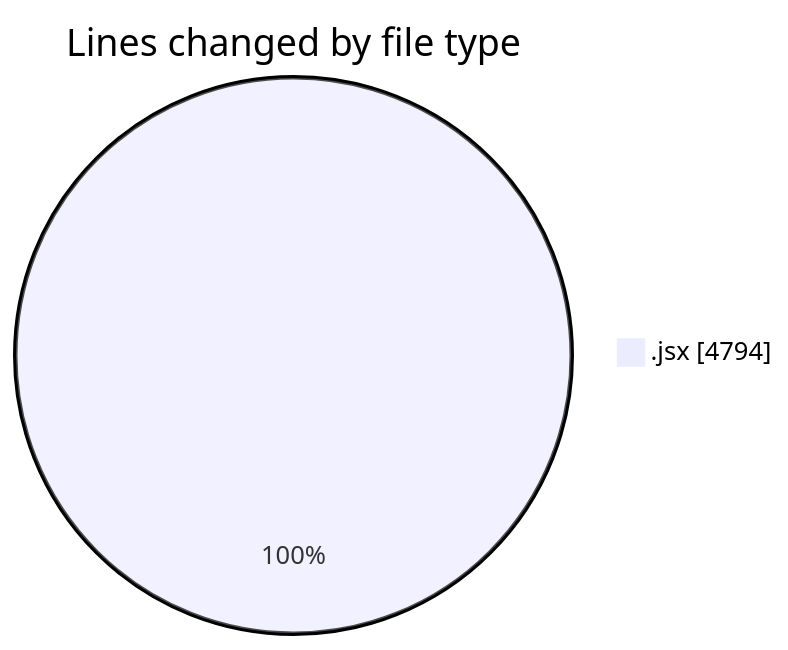
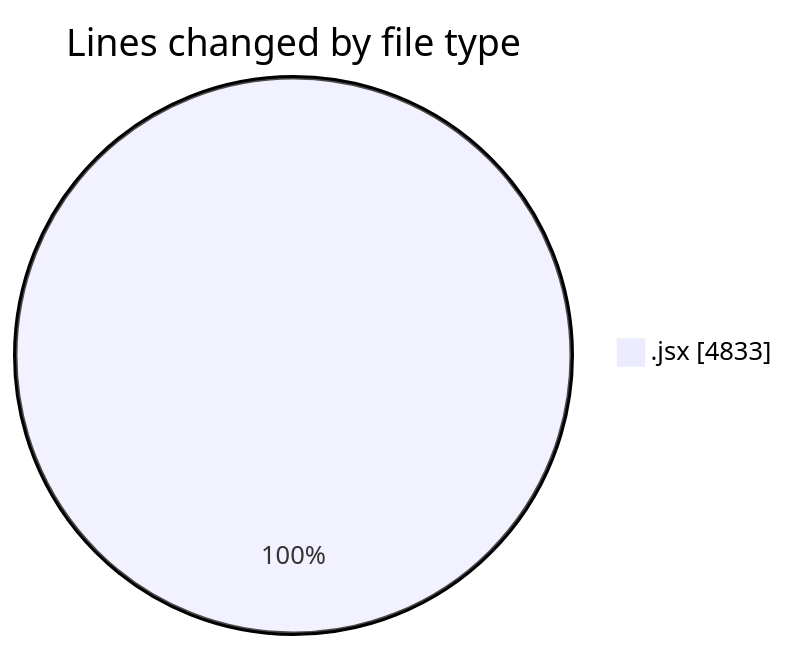
Before and after one commit to nxtqubesakshisongat/code-tracking: the first of 2 diagrams in 2025-09-16/nxtqube_webapp/README.md, drawn with Mermaid. The commit also changed other lines of this file and 1 other file, not shown here.

````diff
--- a/2025-09-16/nxtqube_webapp/README.md
+++ b/2025-09-16/nxtqube_webapp/README.md
@@ -20,5 +20,5 @@
 ```mermaid
 pie showData
 title Lines changed by file type
-".jsx" : 4794
+".jsx" : 4833
 ```
````
